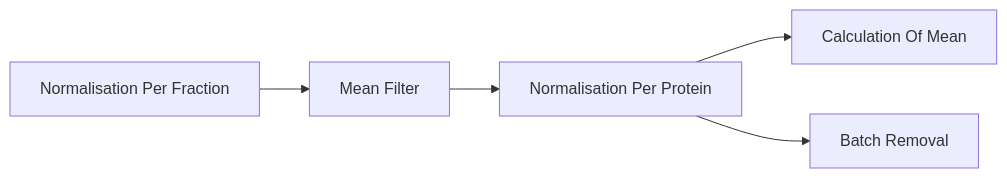
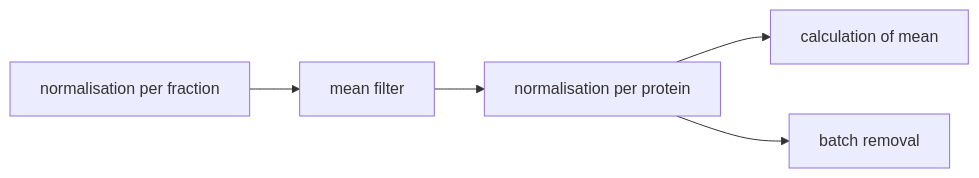
Before and after one commit to MichelaPozzi/2025-topic-03-group-04: the first of 3 diagrams in README.md, drawn with Mermaid. The commit also changed other lines of this file, not shown here.

````diff
--- a/README.md
+++ b/README.md
@@ -122,7 +122,7 @@
 ```mermaid
 flowchart LR
-    A[Normalisation Per Fraction] --> B[Mean Filter]
-    B --> C[Normalisation Per Protein]
-    C --> D[Calculation Of Mean]
-    C --> E[Batch Removal]
+    A[normalisation per fraction] --> B[mean filter]
+    B --> C[normalisation per protein]
+    C --> D[calculation of mean]
+    C --> E[batch removal]
 ```
````
